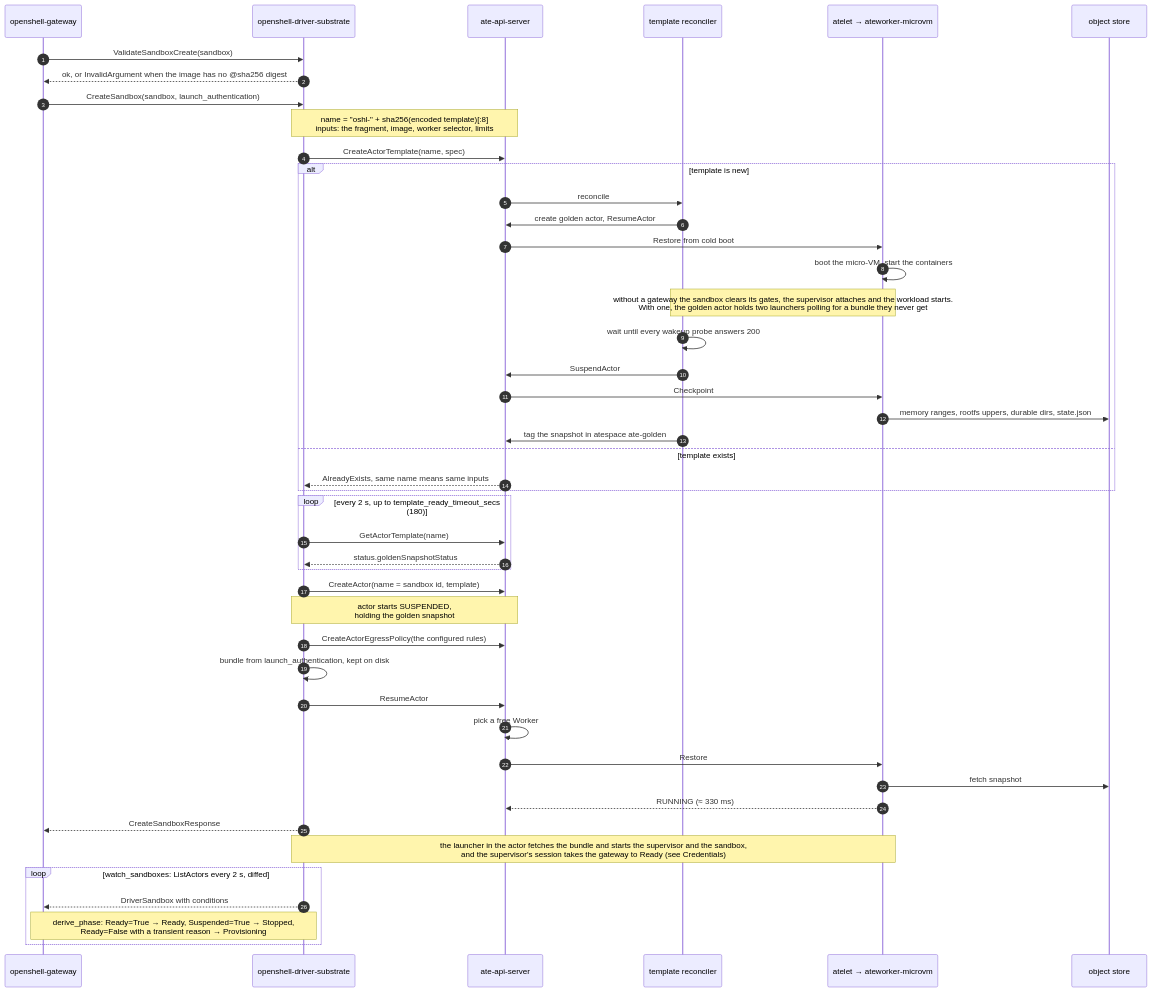
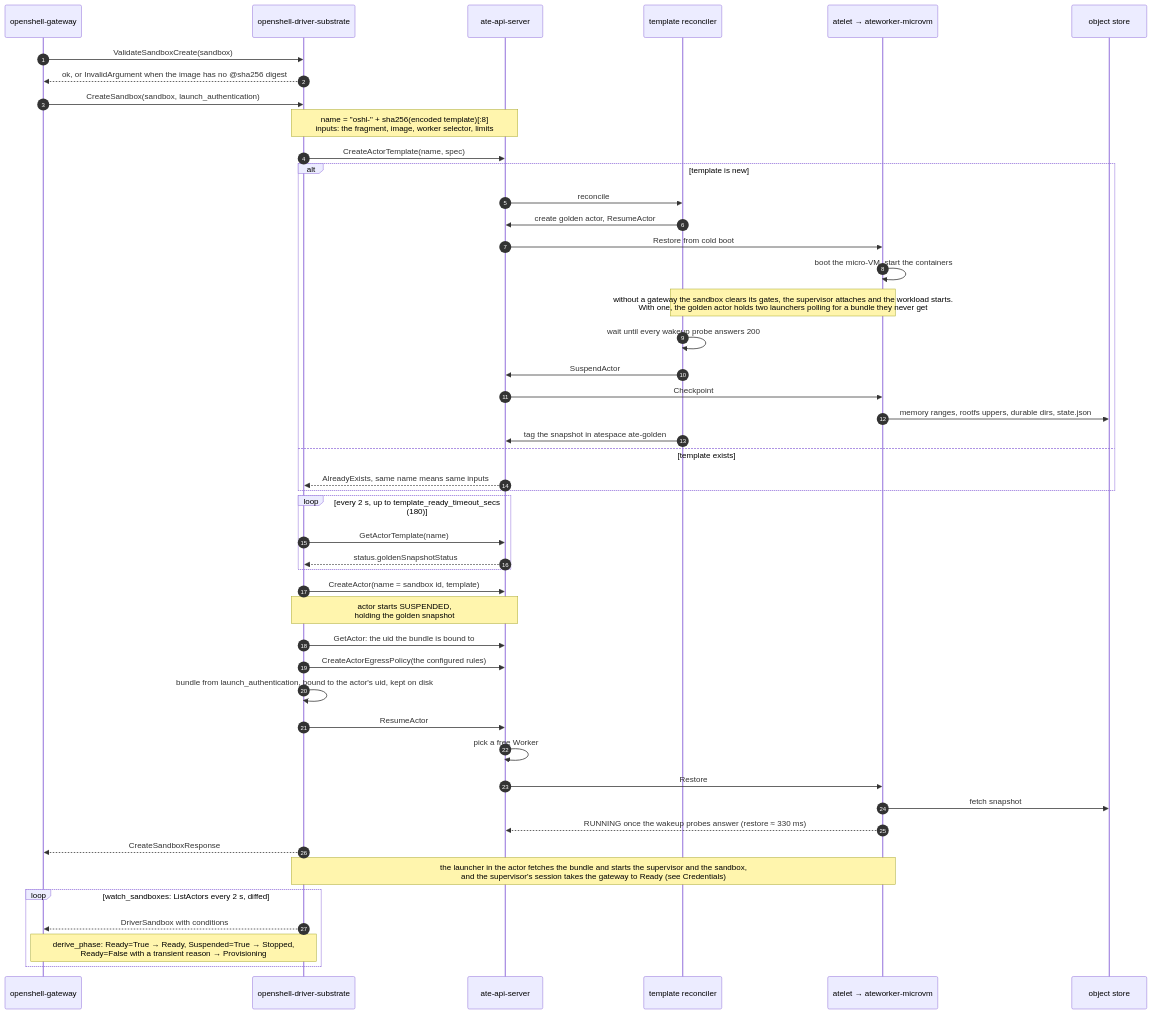
One commit to dims/openshell-driver-substrate changed the fourth of 8 diagrams in docs/architecture.md. Above: the diagram before and after it, drawn with Mermaid. The commit also changed other lines of this file and 3 other files, not shown here.

First line of the commit message:
docs: wakeup probes, the uid binding and the re-suspend in every diagram

````diff
--- a/docs/architecture.md
+++ b/docs/architecture.md
@@ -408,49 +413,50 @@
 ```mermaid
 sequenceDiagram
   autonumber
   participant GW as openshell-gateway
   participant D as openshell-driver-substrate
   participant API as ate-api-server
   participant R as template reconciler
   participant W as atelet → ateworker-microvm
   participant S as object store
 
   GW->>D: ValidateSandboxCreate(sandbox)
   D-->>GW: ok, or InvalidArgument when the image has no @sha256 digest
   GW->>D: CreateSandbox(sandbox, launch_authentication)
   Note over D,API: name = "oshl-" + sha256(encoded template)[:8]<br/>inputs: the fragment, image, worker selector, limits
   D->>API: CreateActorTemplate(name, spec)
   alt template is new
     API->>R: reconcile
     R->>API: create golden actor, ResumeActor
     API->>W: Restore from cold boot
     W->>W: boot the micro-VM, start the containers
     Note over R,W: without a gateway the sandbox clears its gates, the supervisor attaches and the workload starts.<br/>With one, the golden actor holds two launchers polling for a bundle they never get
     R->>R: wait until every wakeup probe answers 200
     R->>API: SuspendActor
     API->>W: Checkpoint
     W->>S: memory ranges, rootfs uppers, durable dirs, state.json
     R->>API: tag the snapshot in atespace ate-golden
   else template exists
     API-->>D: AlreadyExists, same name means same inputs
   end
   loop every 2 s, up to template_ready_timeout_secs (180)
     D->>API: GetActorTemplate(name)
     API-->>D: status.goldenSnapshotStatus
   end
   D->>API: CreateActor(name = sandbox id, template)
   Note over D,API: actor starts SUSPENDED,<br/>holding the golden snapshot
+  D->>API: GetActor: the uid the bundle is bound to
   D->>API: CreateActorEgressPolicy(the configured rules)
-  D->>D: bundle from launch_authentication, kept on disk
+  D->>D: bundle from launch_authentication, bound to the actor's uid, kept on disk
   D->>API: ResumeActor
   API->>API: pick a free Worker
   API->>W: Restore
   W->>S: fetch snapshot
-  W-->>API: RUNNING (≈ 330 ms)
+  W-->>API: RUNNING once the wakeup probes answer (restore ≈ 330 ms)
   D-->>GW: CreateSandboxResponse
   Note over D,W: the launcher in the actor fetches the bundle and starts the supervisor and the sandbox,<br/>and the supervisor's session takes the gateway to Ready (see Credentials)
   loop watch_sandboxes: ListActors every 2 s, diffed
     D-->>GW: DriverSandbox with conditions
     Note over GW,D: derive_phase: Ready=True → Ready, Suspended=True → Stopped,<br/>Ready=False with a transient reason → Provisioning
   end
 ```
````
